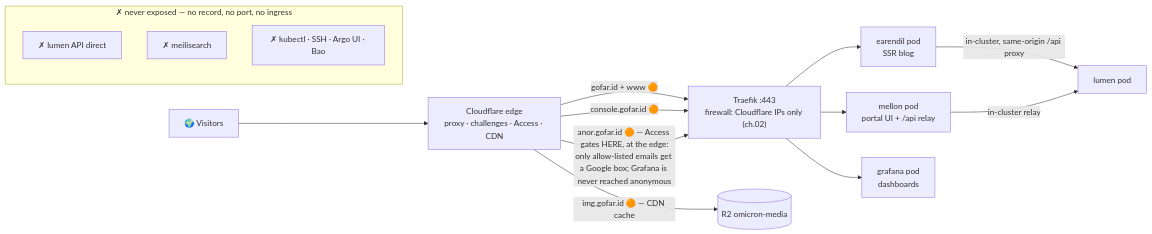
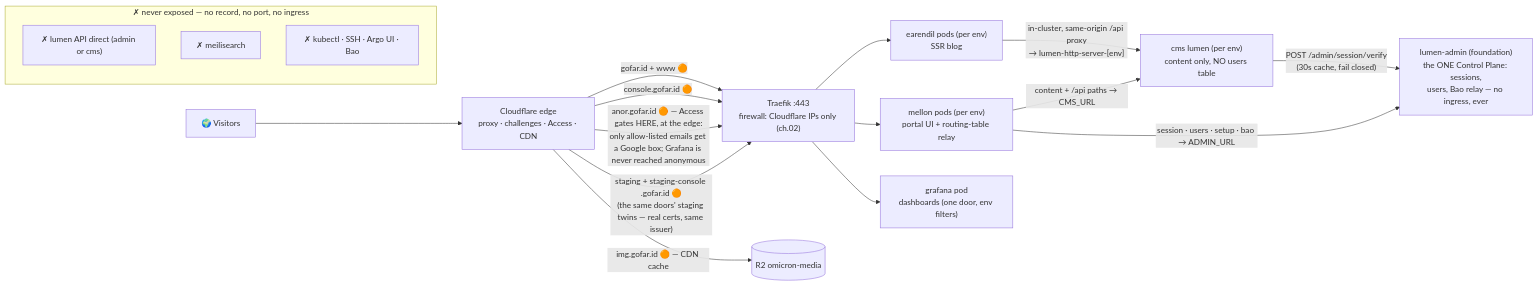
The first of 4 diagrams in runbook/07-go-public.md (kanatabi/omicron), drawn with Mermaid before and after one commit. The commit also changed other lines of this file and 17 other files, not shown here.

````diff
--- a/runbook/07-go-public.md
+++ b/runbook/07-go-public.md
@@ -328,19 +341,22 @@
 ```mermaid
 flowchart LR
     V["🌍 Visitors"] --> EDGE["Cloudflare edge<br/>proxy · challenges · Access · CDN"]
     EDGE -->|"gofar.id + www 🟠"| TR["Traefik :443<br/>firewall: Cloudflare IPs only (ch.02)"]
     EDGE -->|"console.gofar.id 🟠"| TR
     EDGE -->|"anor.gofar.id 🟠 — Access gates HERE, at the edge:<br/>only allow-listed emails get a Google box; Grafana is never reached anonymous"| TR
+    EDGE -->|"staging + staging-console .gofar.id 🟠<br/>(the same doors' staging twins — real certs, same issuer)"| TR
     EDGE -->|"img.gofar.id 🟠 — CDN cache"| R2[("R2 omicron-media")]
-    TR --> E["earendil pod<br/>SSR blog"]
-    TR --> M["mellon pod<br/>portal UI + /api relay"]
-    TR --> G["grafana pod<br/>dashboards"]
-    E -->|"in-cluster, same-origin /api proxy"| L["lumen pod"]
-    M -->|"in-cluster relay"| L
+    TR --> E["earendil pods (per env)<br/>SSR blog"]
+    TR --> M["mellon pods (per env)<br/>portal UI + routing-table relay"]
+    TR --> G["grafana pod<br/>dashboards (one door, env filters)"]
+    E -->|"in-cluster, same-origin /api proxy<br/>→ lumen-http-server-[env]"| L["cms lumen (per env)<br/>content only, NO users table"]
+    M -->|"content + /api paths → CMS_URL"| L
+    M -->|"session · users · setup · bao → ADMIN_URL"| LA["lumen-admin (foundation)<br/>the ONE Control Plane: sessions,<br/>users, Bao relay — no ingress, ever"]
+    L -->|"POST /admin/session/verify<br/>(30s cache, fail closed)"| LA
     subgraph NO["✗ never exposed — no record, no port, no ingress"]
         direction TB
-        N1["✗ lumen API direct"]
+        N1["✗ lumen API direct (admin or cms)"]
         N2["✗ meilisearch"]
         N3["✗ kubectl · SSH · Argo UI · Bao"]
     end
 ```
````
